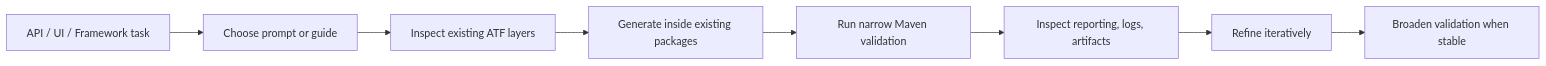
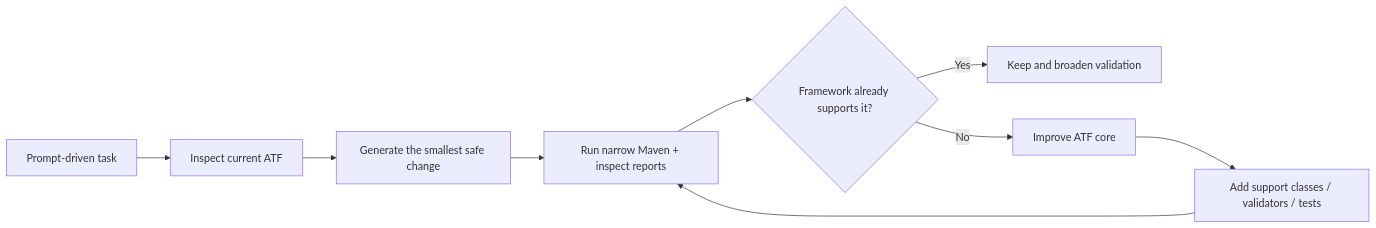
One commit to crististefanita/demo3 changed the first of 4 diagrams in README.md. Above: the diagram before and after it, drawn with Mermaid. The commit also changed other lines of this file, not shown here.

Commit message:
Improving readme and add tests (quick force)

````diff
--- a/README.md
+++ b/README.md
@@ -98,10 +66,11 @@
 ```mermaid
 flowchart LR
-    UseCase["API / UI / Framework task"] --> Prompt["Choose prompt or guide"]
-    Prompt --> Inspect["Inspect existing ATF layers"]
-    Inspect --> Generate["Generate inside existing packages"]
-    Generate --> Run["Run narrow Maven validation"]
-    Run --> Analyze["Inspect reporting, logs, artifacts"]
-    Analyze --> Refine["Refine iteratively"]
-    Refine --> Stable["Broaden validation when stable"]
+    Task["Prompt-driven task"] --> Inspect["Inspect current ATF"]
+    Inspect --> Generate["Generate the smallest safe change"]
+    Generate --> Verify["Run narrow Maven + inspect reports"]
+    Verify --> Decision{"Framework already supports it?"}
+    Decision -->|Yes| Keep["Keep and broaden validation"]
+    Decision -->|No| Harden["Improve ATF core"]
+    Harden --> Recheck["Add support classes / validators / tests"]
+    Recheck --> Verify
 ```
````
